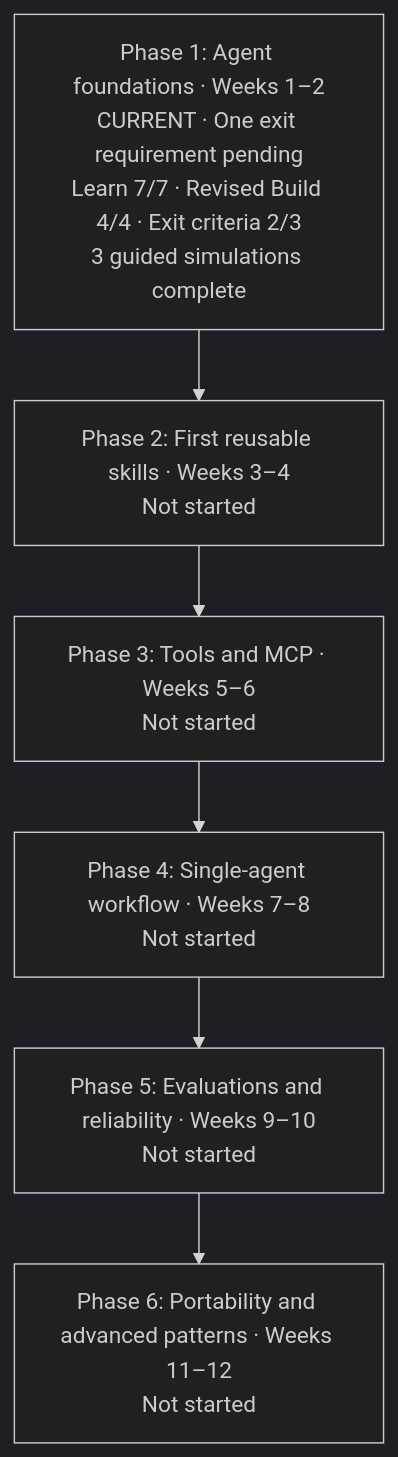
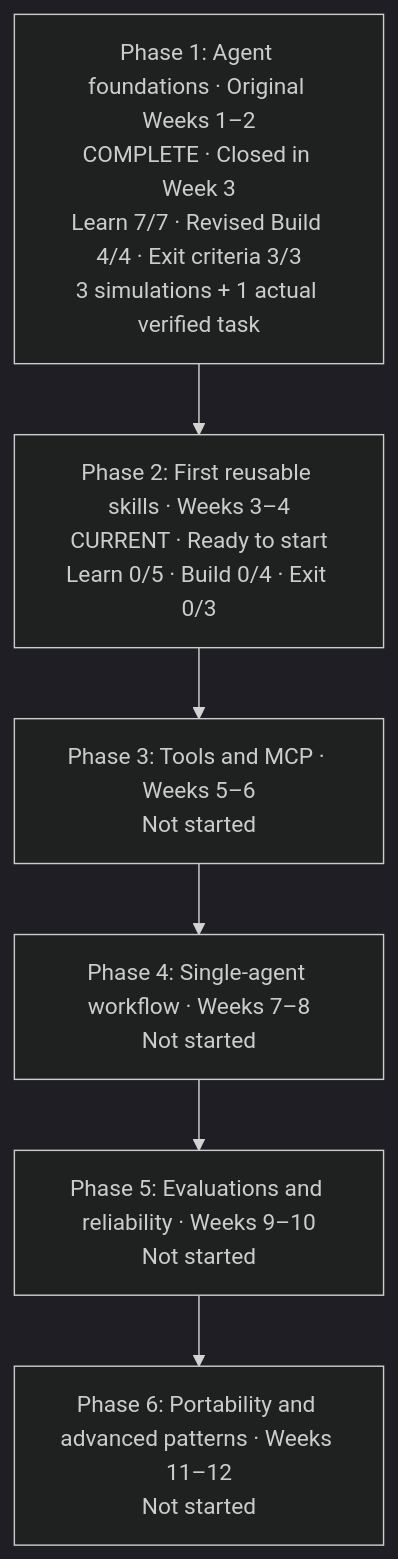
Before and after one commit to rezamohamadlo/agent-learning-coach: the diagram in learner/reza/ROADMAP.md, drawn with Mermaid (dark theme). The commit also changed other lines of this file and 9 other files, not shown here.

Commit message:
phase one complete

````diff
--- a/learner/reza/ROADMAP.md
+++ b/learner/reza/ROADMAP.md
@@ -39,10 +39,10 @@
 ```mermaid
 flowchart TB
-    P1["Phase 1: Agent foundations · Weeks 1–2<br/>CURRENT · One exit requirement pending<br/>Learn 7/7 · Revised Build 4/4 · Exit criteria 2/3<br/>3 guided simulations complete"]
-    P2["Phase 2: First reusable skills · Weeks 3–4<br/>Not started"]
+    P1["Phase 1: Agent foundations · Original Weeks 1–2<br/>COMPLETE · Closed in Week 3<br/>Learn 7/7 · Revised Build 4/4 · Exit criteria 3/3<br/>3 simulations + 1 actual verified task"]
+    P2["Phase 2: First reusable skills · Weeks 3–4<br/>CURRENT · Ready to start<br/>Learn 0/5 · Build 0/4 · Exit 0/3"]
     P3["Phase 3: Tools and MCP · Weeks 5–6<br/>Not started"]
     P4["Phase 4: Single-agent workflow · Weeks 7–8<br/>Not started"]
     P5["Phase 5: Evaluations and reliability · Weeks 9–10<br/>Not started"]
     P6["Phase 6: Portability and advanced patterns · Weeks 11–12<br/>Not started"]
     P1 --> P2 --> P3 --> P4 --> P5 --> P6
 ```
````
